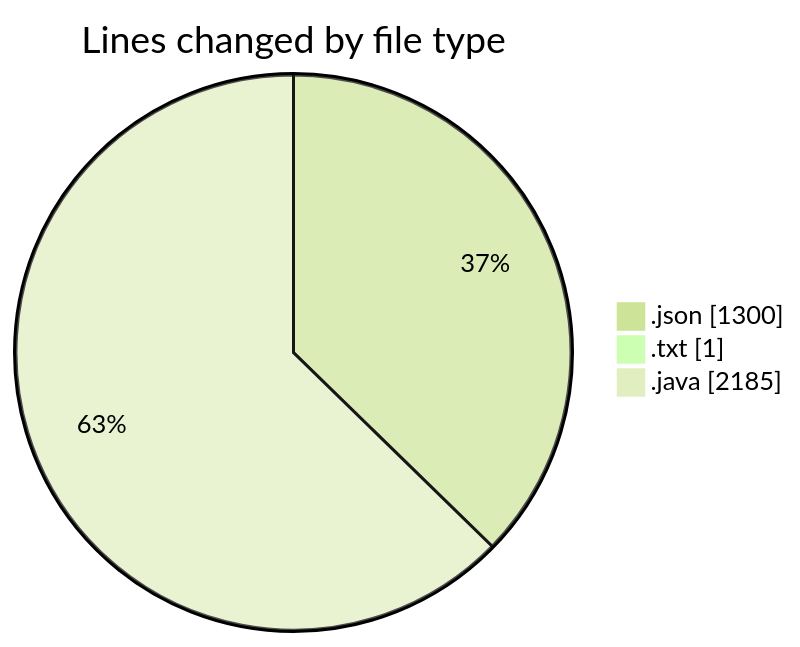
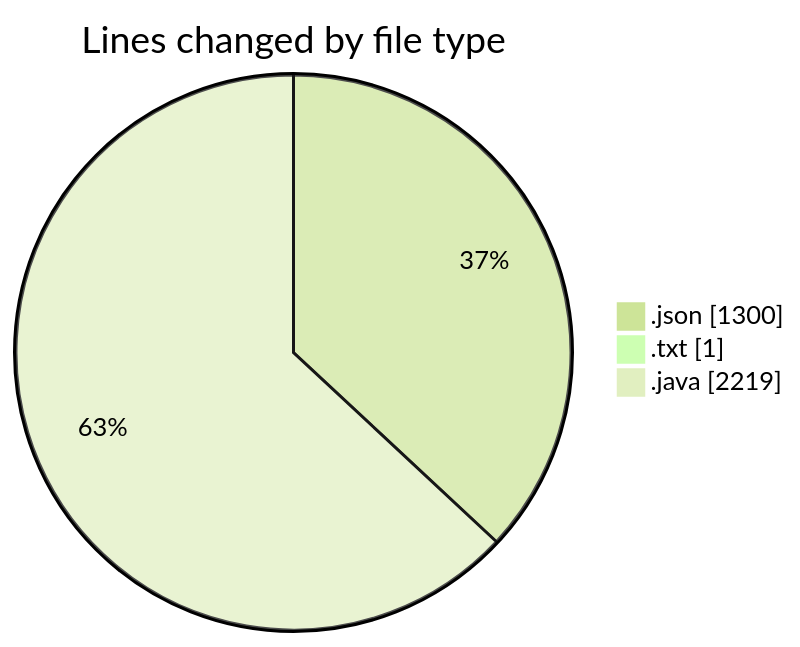
Before and after one commit to ricardozamudiocil/code-tracking: the first of 2 diagrams in 2026-10-15/cilapp/README.md, drawn with Mermaid (forest theme). The commit also changed other lines of this file and 1 other file, not shown here.

````diff
--- a/2026-10-15/cilapp/README.md
+++ b/2026-10-15/cilapp/README.md
@@ -23,7 +23,7 @@
 ```mermaid
 pie showData
 title Lines changed by file type
 ".json" : 1300
 ".txt" : 1
-".java" : 2185
+".java" : 2219
 ```
````
